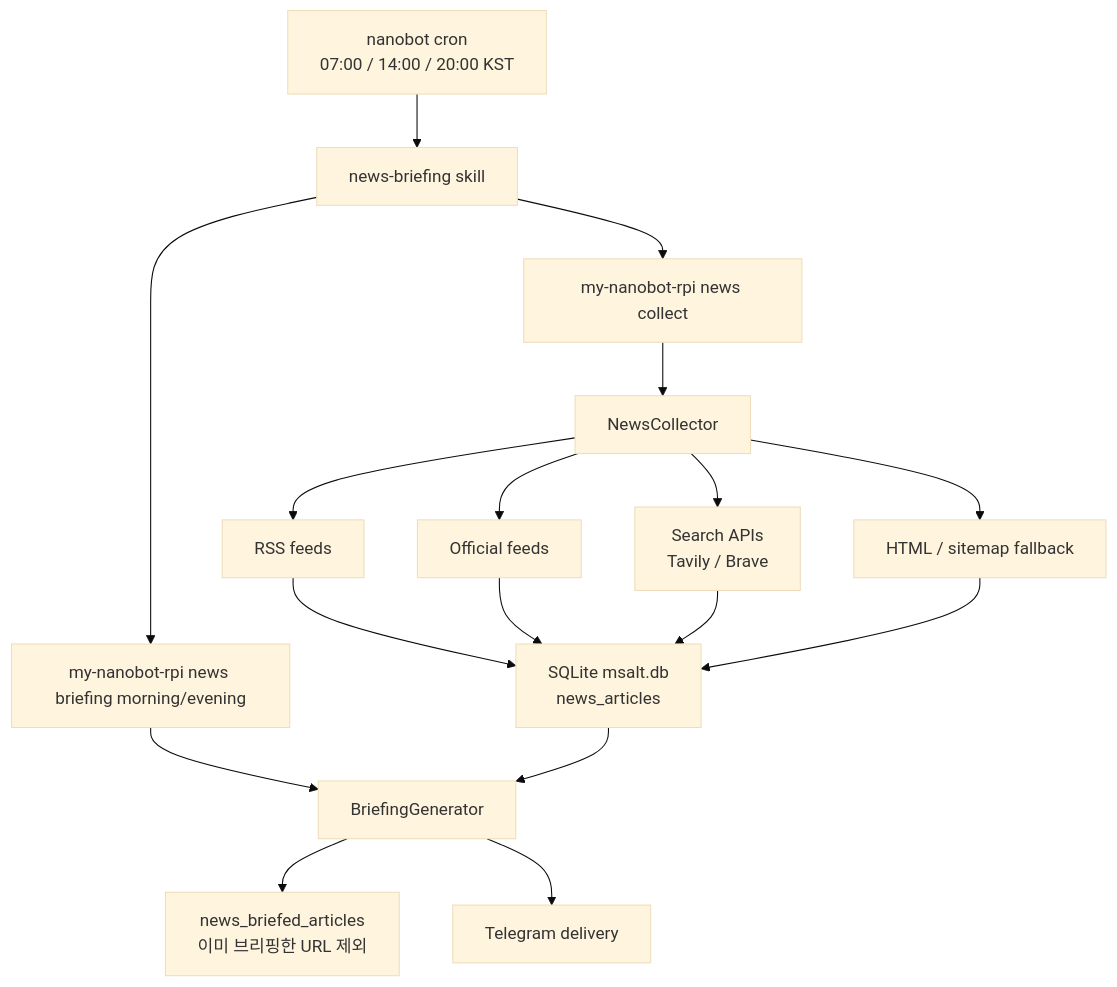
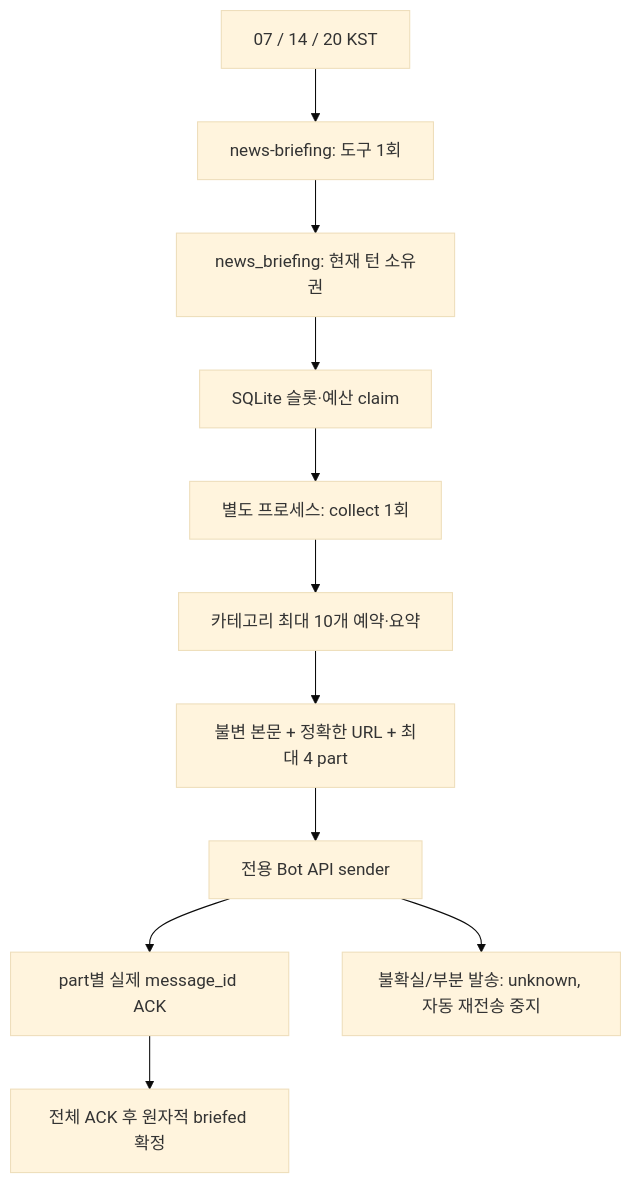
The diagram in docs/news-briefing-pipeline.md (msaltnet/my-nanobot-rpi), drawn with Mermaid (base theme) before and after one commit. The commit also changed other lines of this file and 21 other files, not shown here.

Commit message:
feat(news): persist fenced delivery snapshots and explicit recovery

````diff
--- a/docs/news-briefing-pipeline.md
+++ b/docs/news-briefing-pipeline.md
@@ -7,19 +7,13 @@
 ```mermaid
 flowchart TD
-    Cron["nanobot cron<br/>07:00 / 14:00 / 20:00 KST"] --> Skill["news-briefing skill"]
-    Skill --> CollectCmd["my-nanobot-rpi news collect"]
-    CollectCmd --> Collector["NewsCollector"]
-    Collector --> RSS["RSS feeds"]
-    Collector --> Official["Official feeds"]
-    Collector --> Search["Search APIs<br/>Tavily / Brave"]
-    Collector --> Fallback["HTML / sitemap fallback"]
-    RSS --> DB["SQLite msalt.db<br/>news_articles"]
-    Official --> DB
-    Search --> DB
-    Fallback --> DB
-    Skill --> BriefingCmd["my-nanobot-rpi news briefing morning/evening"]
-    BriefingCmd --> Generator["BriefingGenerator"]
-    DB --> Generator
-    Generator --> Used["news_briefed_articles<br/>이미 브리핑한 URL 제외"]
-    Generator --> Telegram["Telegram delivery"]
+    Cron["07 / 14 / 20 KST"] --> Skill["news-briefing: 도구 1회"]
+    Skill --> Tool["news_briefing: 현재 턴 소유권"]
+    Tool --> Claim["SQLite 슬롯·예산 claim"]
+    Claim --> Collect["별도 프로세스: collect 1회"]
+    Collect --> Generate["카테고리 최대 10개 예약·요약"]
+    Generate --> Snapshot["불변 본문 + 정확한 URL + 최대 4 part"]
+    Snapshot --> API["전용 Bot API sender"]
+    API --> ACK["part별 실제 message_id ACK"]
+    ACK --> Final["전체 ACK 후 원자적 briefed 확정"]
+    API --> Unknown["불확실/부분 발송: unknown, 자동 재전송 중지"]
 ```
````
